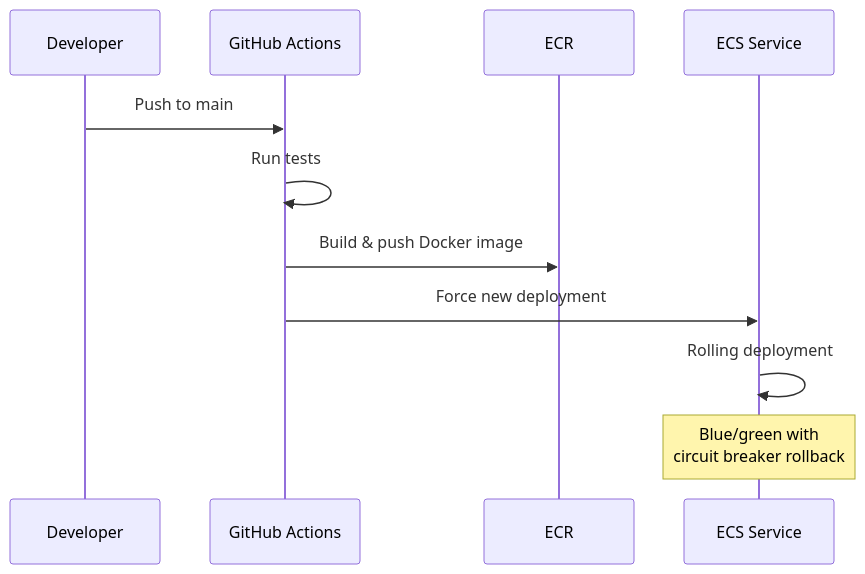
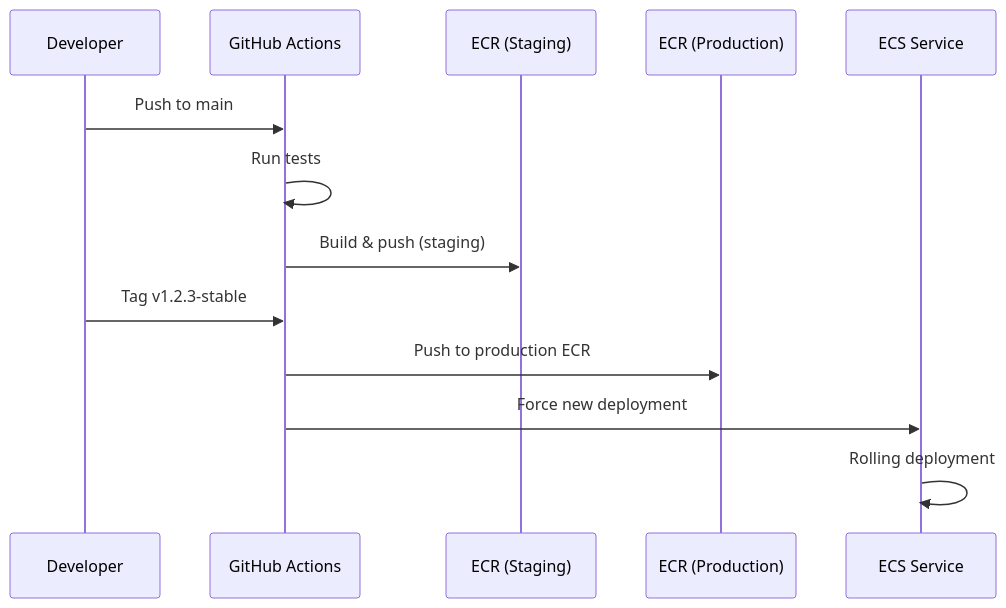
The tenth of 10 diagrams in docs/architecture/planned/aws-ecs-cdk.md (sofatutor/llm-proxy), drawn with Mermaid before and after one commit. The commit also changed other lines of this file, not shown here.

First line of the commit message:
Update AWS ECS deployment documentation

````diff
--- a/docs/architecture/planned/aws-ecs-cdk.md
+++ b/docs/architecture/planned/aws-ecs-cdk.md
@@ -442,14 +442,17 @@
 ```mermaid
 sequenceDiagram
     participant Dev as Developer
     participant GH as GitHub Actions
-    participant ECR as ECR
+    participant ECR as ECR (Staging)
+    participant ECR_Prod as ECR (Production)
     participant ECS as ECS Service
     
     Dev->>GH: Push to main
     GH->>GH: Run tests
-    GH->>ECR: Build & push Docker image
+    GH->>ECR: Build & push (staging)
+    
+    Dev->>GH: Tag v1.2.3-stable
+    GH->>ECR_Prod: Push to production ECR
     GH->>ECS: Force new deployment
     ECS->>ECS: Rolling deployment
-    Note over ECS: Blue/green with<br/>circuit breaker rollback
 ```
````
